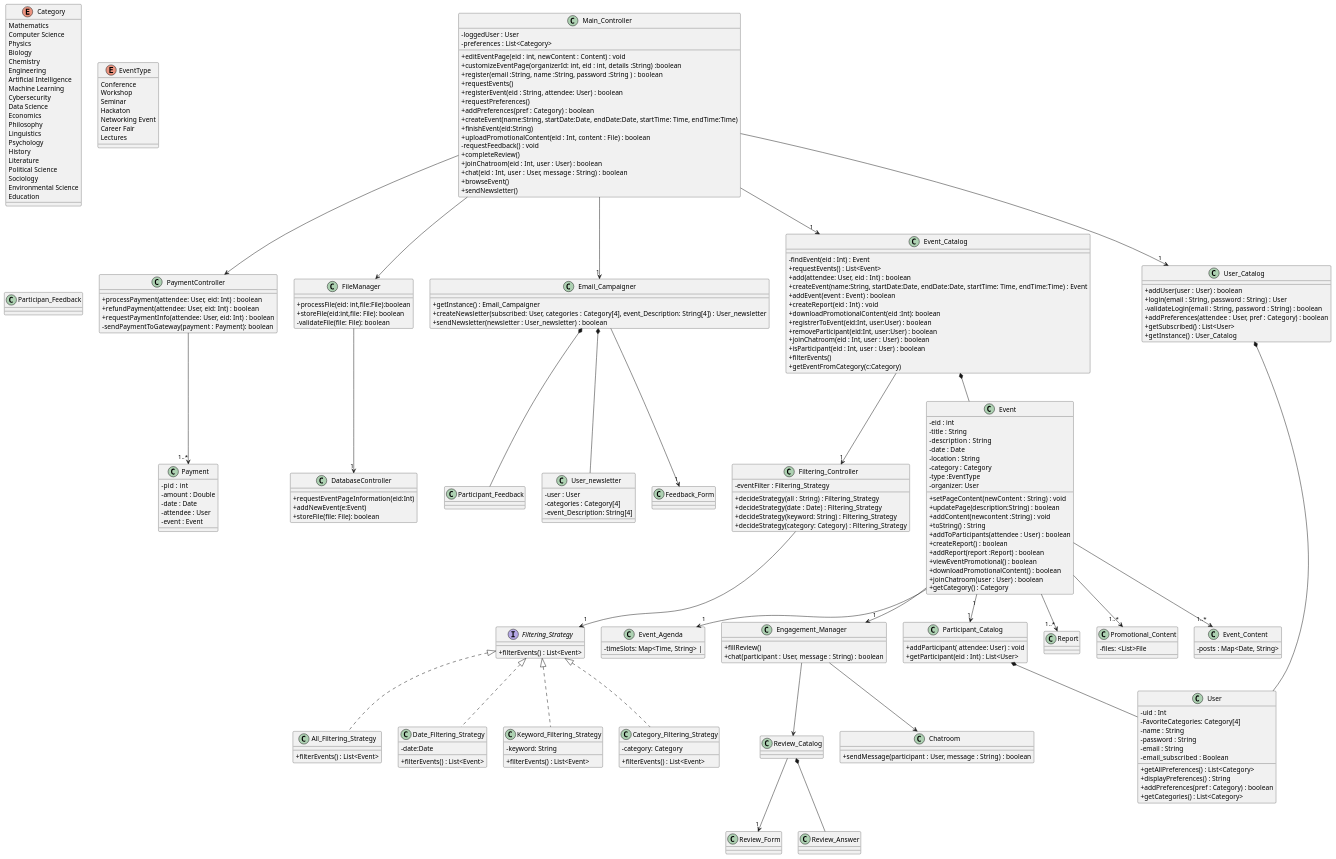
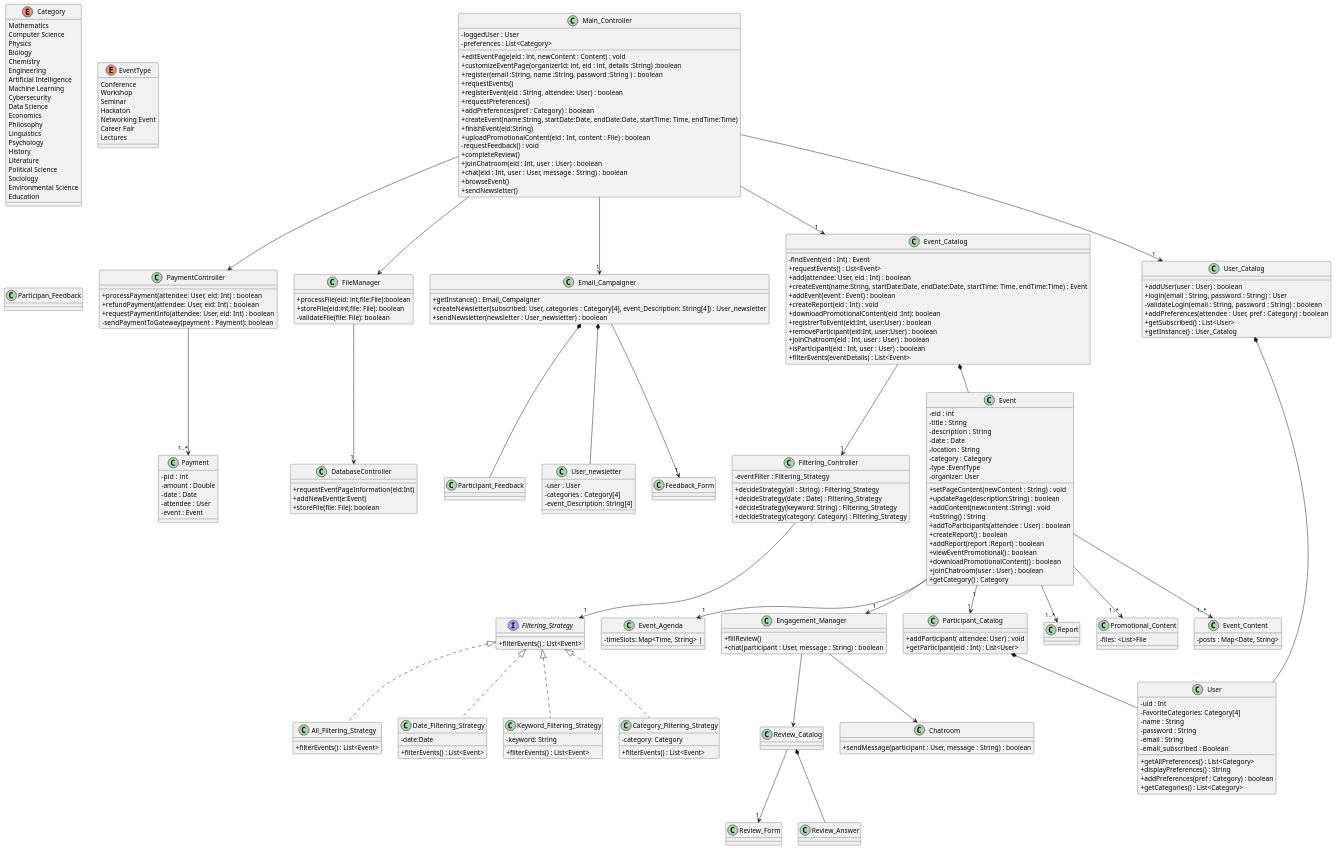
Before and after one commit to DominiqueProulx/SOEN343-PartyPoopers: the diagram in Documentation/classDiagram_phase3.puml, drawn with PlantUML. The commit also changed 15 other files, not shown here.

```diff
--- a/Documentation/classDiagram_phase3.puml
+++ b/Documentation/classDiagram_phase3.puml
@@ -177,8 +177,7 @@
 +removeParticipant(eid:Int, user:User) : boolean
 +joinChatroom(eid : Int, user : User) : boolean
 +isParticipant(eid : Int, user : User) : boolean
-+filterEvents()
-+getEventFromCategory(c:Category)
++filterEvents(eventDetails) : List<Event>
 }
 
 class Event {
```
